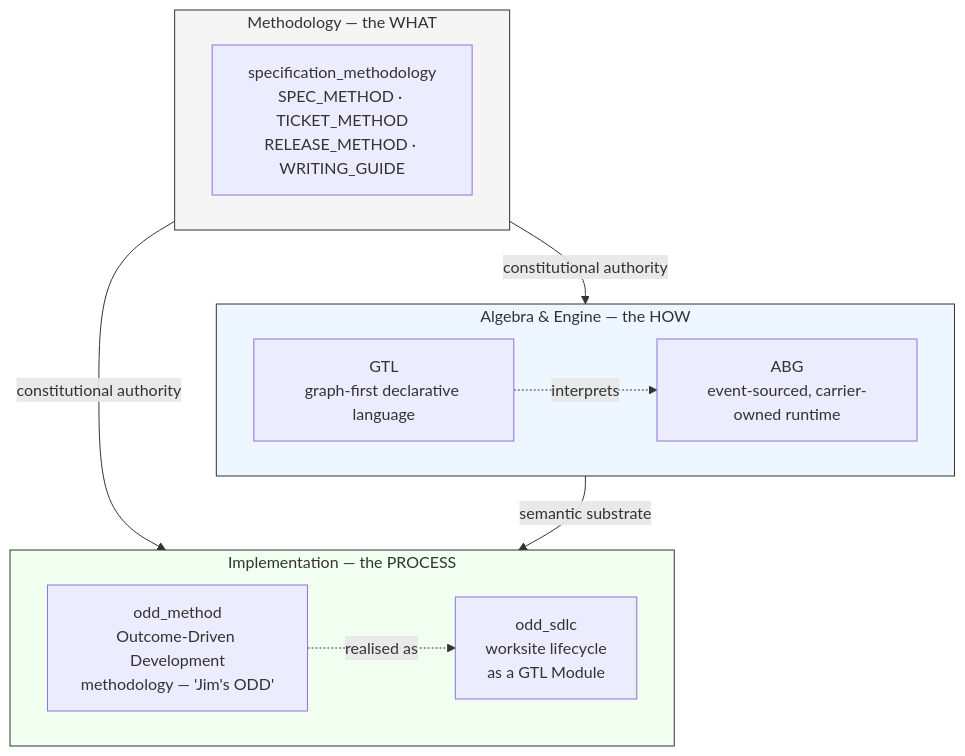
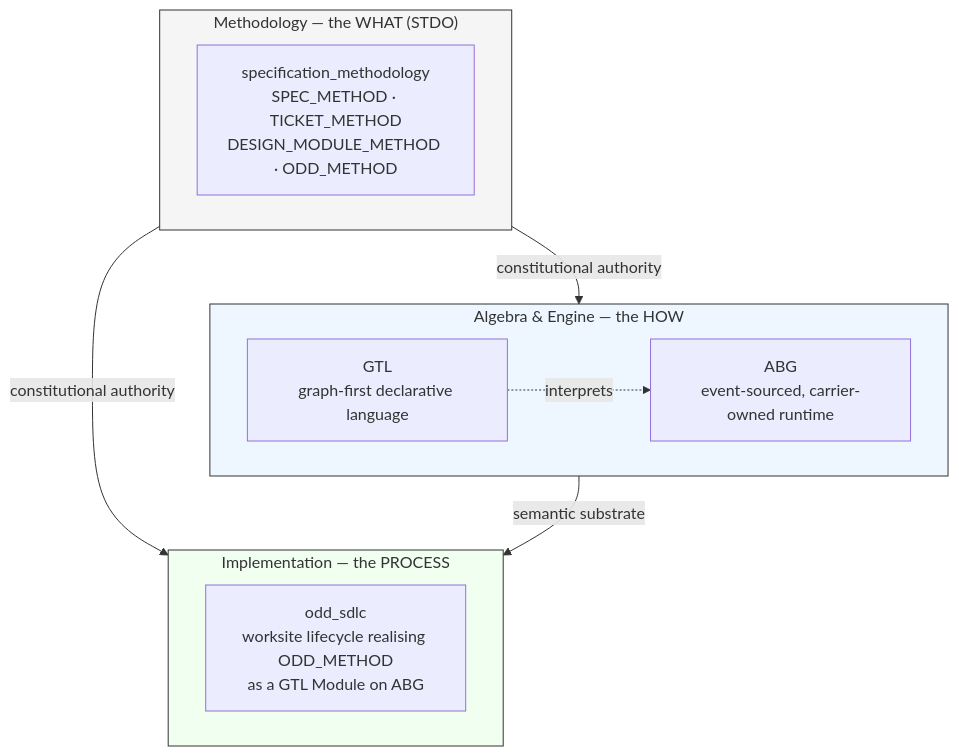
Before and after one commit to foolishimp/abiogenesis: the first of 3 diagrams in docs/THE_GENESIS_VISION.md, drawn with Mermaid. The commit also changed other lines of this file and 3 other files, not shown here.

````diff
--- a/docs/THE_GENESIS_VISION.md
+++ b/docs/THE_GENESIS_VISION.md
@@ -57,23 +57,21 @@
 ```mermaid
 graph TB
-    subgraph L1["Methodology — the WHAT"]
-        SM[specification_methodology<br/>SPEC_METHOD · TICKET_METHOD<br/>RELEASE_METHOD · WRITING_GUIDE]
+    subgraph L1["Methodology — the WHAT (STDO)"]
+        SM[specification_methodology<br/>SPEC_METHOD · TICKET_METHOD<br/>DESIGN_MODULE_METHOD · ODD_METHOD]
     end
     subgraph L2["Algebra & Engine — the HOW"]
         GTL[GTL<br/>graph-first declarative language]
         ABG[ABG<br/>event-sourced, carrier-owned runtime]
         GTL -.interprets.-> ABG
     end
     subgraph L3["Implementation — the PROCESS"]
-        OM[odd_method<br/>Outcome-Driven Development<br/>methodology — 'Jim's ODD']
-        ODD[odd_sdlc<br/>worksite lifecycle<br/>as a GTL Module]
-        OM -.realised as.-> ODD
+        ODD[odd_sdlc<br/>worksite lifecycle realising ODD_METHOD<br/>as a GTL Module on ABG]
     end
     L1 -->|constitutional authority| L2
     L1 -->|constitutional authority| L3
     L2 -->|semantic substrate| L3
 
     style L1 fill:#f5f5f5,stroke:#333
     style L2 fill:#eef7ff,stroke:#333
     style L3 fill:#f0fff0,stroke:#333
 ```
````
